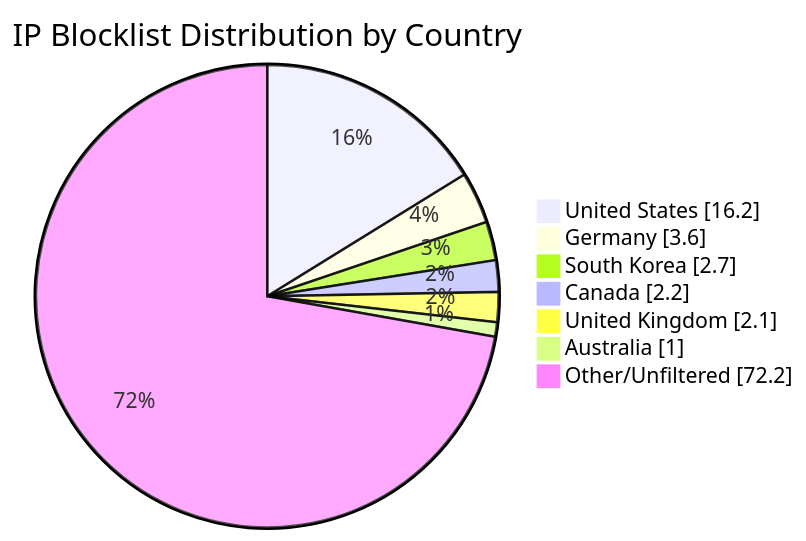
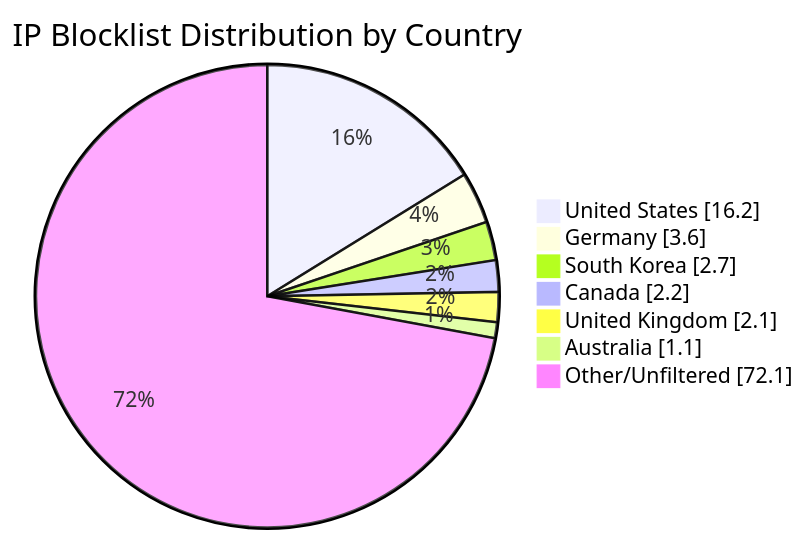
Before and after one commit to MarcusHoltz/ipblocklist-geofiltered-aggregator: the diagram in README.md, drawn with Mermaid. The commit also changed other lines of this file and 9 other files, not shown here.

````diff
--- a/README.md
+++ b/README.md
@@ -34,10 +34,10 @@
 ```mermaid
 pie showData title IP Blocklist Distribution by Country
 "United States" : 16.2
 "Germany" : 3.6
 "South Korea" : 2.7
 "Canada" : 2.2
 "United Kingdom" : 2.1
-"Australia" : 1.0
-"Other/Unfiltered" : 72.2
+"Australia" : 1.1
+"Other/Unfiltered" : 72.1
 ```
````
